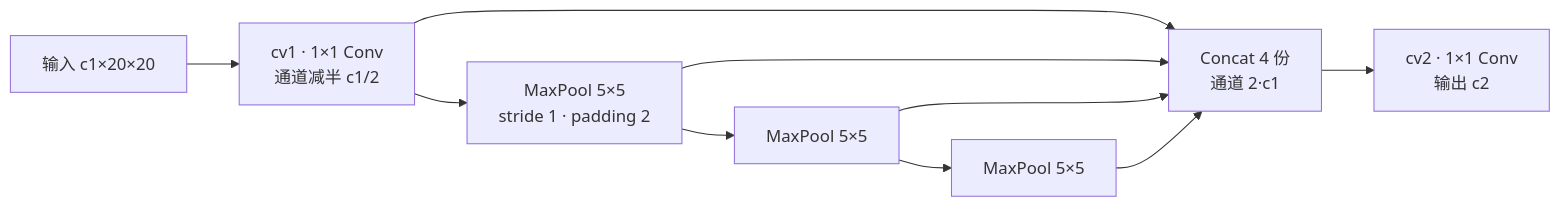
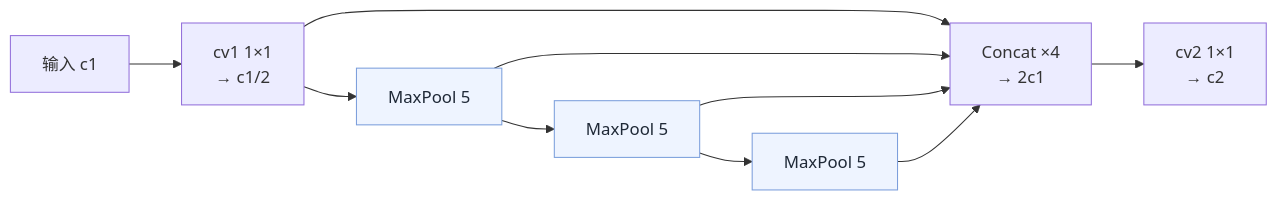
The diagram in 00_Practice_UAV_Aerial_Detection/Learning_Notes/assets/01_YOLO_Research_Core/01_yolo_sppf.mmd (cheerhin-yi/Doctoral-Research-Outline), drawn with Mermaid before and after one commit. The commit also changed 35 other files, not shown here.

```diff
--- a/00_Practice_UAV_Aerial_Detection/Learning_Notes/assets/01_YOLO_Research_Core/01_yolo_sppf.mmd
+++ b/00_Practice_UAV_Aerial_Detection/Learning_Notes/assets/01_YOLO_Research_Core/01_yolo_sppf.mmd
@@ -1,10 +1,12 @@
 flowchart LR
-    X["输入 c1×20×20"] --> CV1["cv1 · 1×1 Conv<br/>通道减半 c1/2"]
-    CV1 --> M1["MaxPool 5×5<br/>stride 1 · padding 2"]
-    M1 --> M2["MaxPool 5×5"]
-    M2 --> M3["MaxPool 5×5"]
-    CV1 --> CAT["Concat 4 份<br/>通道 2·c1"]
-    M1 --> CAT
-    M2 --> CAT
-    M3 --> CAT
-    CAT --> CV2["cv2 · 1×1 Conv<br/>输出 c2"]
+    X["输入 c1"] --> V1["cv1 1×1<br/>→ c1/2"]
+    V1 --> M1["MaxPool 5"]
+    M1 --> M2["MaxPool 5"]
+    M2 --> M3["MaxPool 5"]
+    V1 --> C["Concat ×4<br/>→ 2c1"]
+    M1 --> C
+    M2 --> C
+    M3 --> C
+    C --> V2["cv2 1×1<br/>→ c2"]
+    classDef acc fill:#eef4ff,stroke:#7c9fdc,color:#1f2937
+    class M1,M2,M3 acc
```
